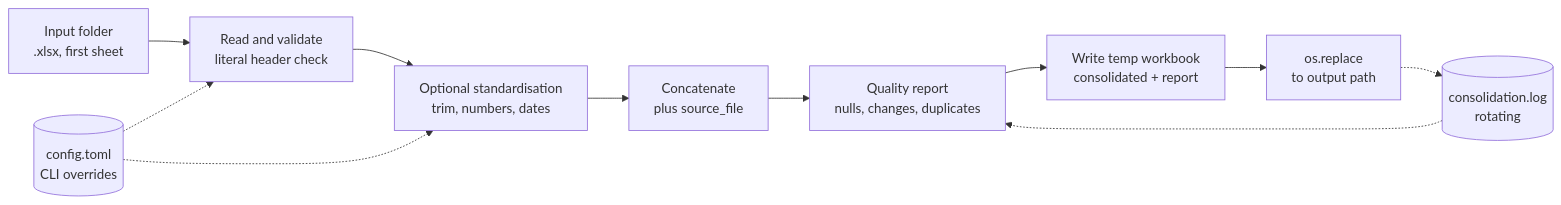
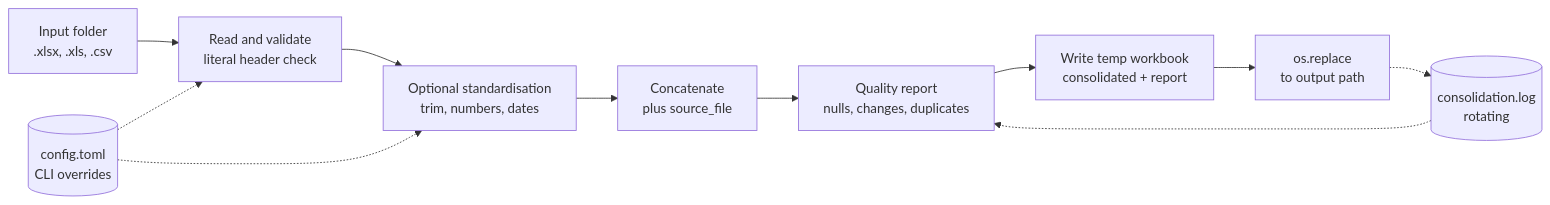
One commit to rafacorte1/spreadsheet_automation changed the diagram in README.md. Above: the diagram before and after it, drawn with Mermaid. The commit also changed other lines of this file and 20 other files, not shown here.

First line of the commit message:
feat(sprint5): legacy .xls and .csv inputs with configurable parsing

````diff
--- a/README.md
+++ b/README.md
@@ -33,14 +33,14 @@
 ```mermaid
 flowchart LR
-    A[Input folder<br/>.xlsx, first sheet] --> B[Read and validate<br/>literal header check]
+    A[Input folder<br/>.xlsx, .xls, .csv] --> B[Read and validate<br/>literal header check]
     B --> C[Optional standardisation<br/>trim, numbers, dates]
     C --> D[Concatenate<br/>plus source_file]
     D --> E[Quality report<br/>nulls, changes, duplicates]
     E --> F[Write temp workbook<br/>consolidated + report]
     F --> G[os.replace<br/>to output path]
 
     CFG[(config.toml<br/>CLI overrides)] -.-> B
     CFG -.-> C
     LOG[(consolidation.log<br/>rotating)] -.-> E
     G -.-> LOG
 ```
````
